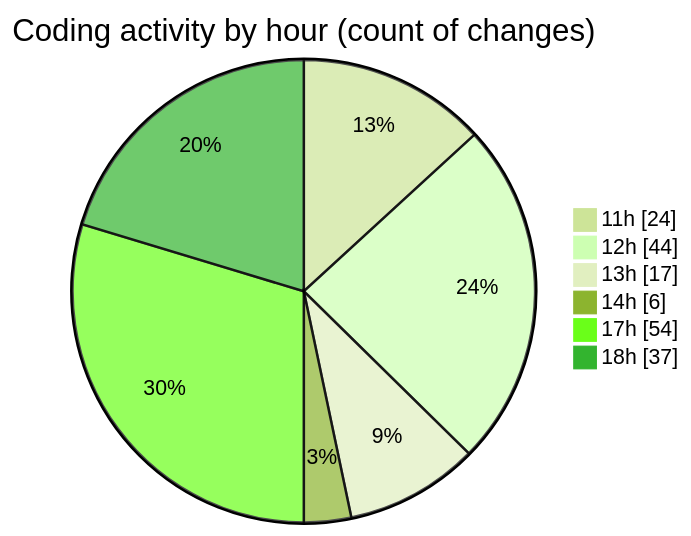
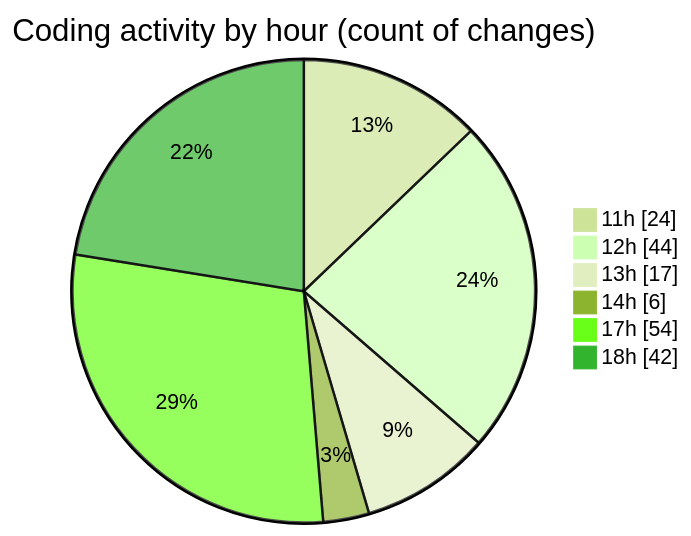
One commit to nxtqubesakshisongat/code-tracking changed the second of 2 diagrams in 2025-05-10/argos-dev/README.md. Above: the diagram before and after it, drawn with Mermaid (forest theme). The commit also changed other lines of this file and 1 other file, not shown here.

````diff
--- a/2025-05-10/argos-dev/README.md
+++ b/2025-05-10/argos-dev/README.md
@@ -41,10 +41,10 @@
 ```mermaid
 pie showData
 title Coding activity by hour (count of changes)
 "11h" : 24
 "12h" : 44
 "13h" : 17
 "14h" : 6
 "17h" : 54
-"18h" : 37
+"18h" : 42
 ```
````
